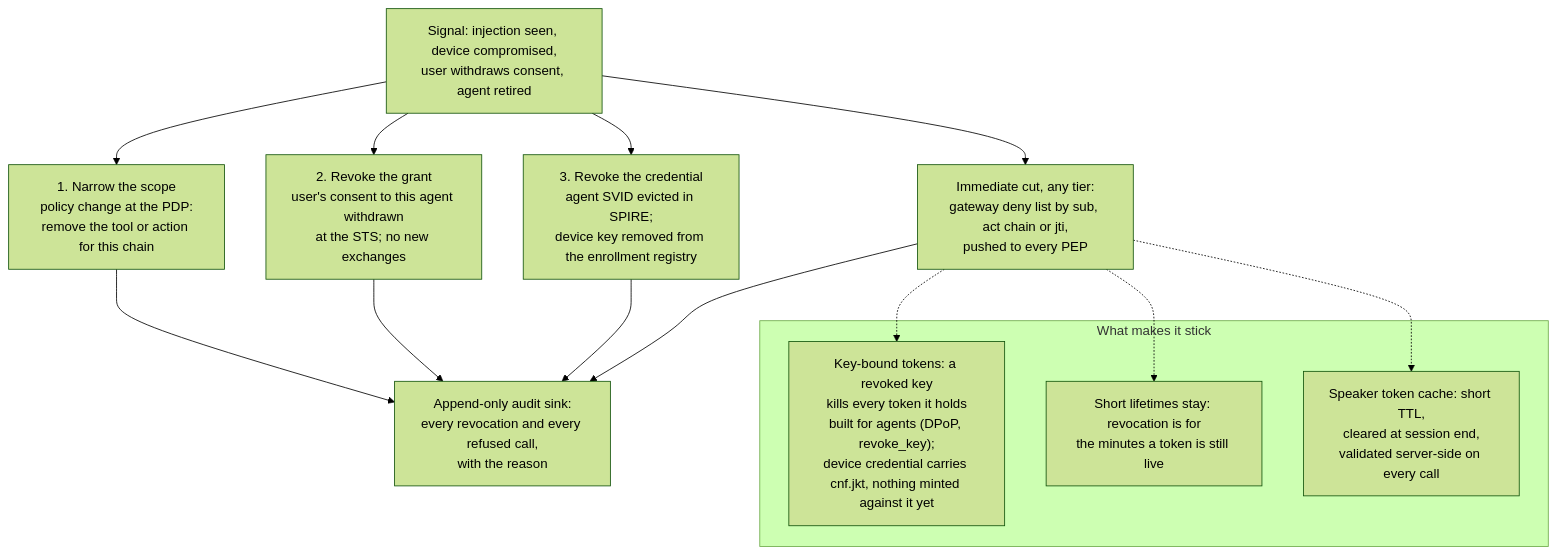
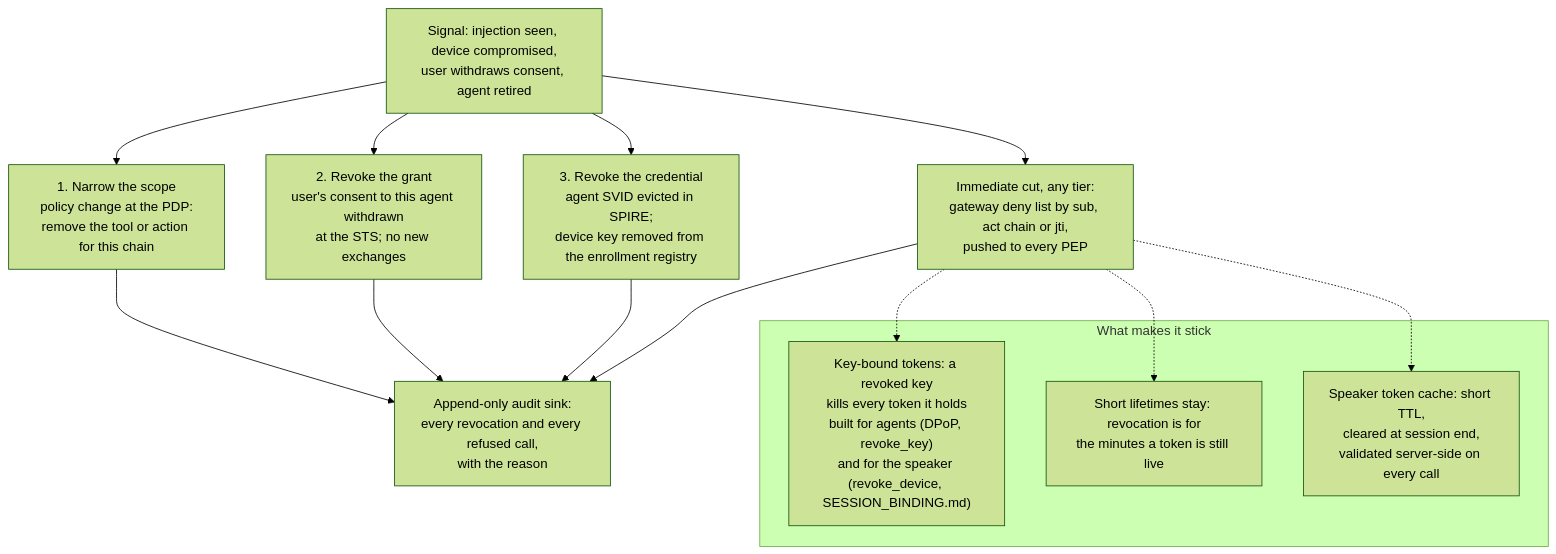
Before and after one commit to ianisms/ai-orchestrator: the fifth of 5 diagrams in security/DIAGRAMS.md, drawn with Mermaid (forest theme). The commit also changed other lines of this file and 7 other files, not shown here.

````diff
--- a/security/DIAGRAMS.md
+++ b/security/DIAGRAMS.md
@@ -244,24 +244,24 @@
 ```mermaid
 flowchart TD
     DETECT["Signal: injection seen, device compromised,<br/>user withdraws consent, agent retired"]
 
     DETECT --> SCOPE["1. Narrow the scope<br/>policy change at the PDP:<br/>remove the tool or action for this chain"]
     DETECT --> GRANT["2. Revoke the grant<br/>user's consent to this agent withdrawn<br/>at the STS; no new exchanges"]
     DETECT --> CRED["3. Revoke the credential<br/>agent SVID evicted in SPIRE;<br/>device key removed from the enrollment registry"]
     DETECT --> KILL["Immediate cut, any tier:<br/>gateway deny list by sub, act chain or jti,<br/>pushed to every PEP"]
 
     SCOPE --> AUDIT
     GRANT --> AUDIT
     CRED --> AUDIT
     KILL --> AUDIT
     AUDIT["Append-only audit sink:<br/>every revocation and every refused call,<br/>with the reason"]
 
     subgraph Binding["What makes it stick"]
-        KB["Key-bound tokens: a revoked key<br/>kills every token it holds<br/>built for agents (DPoP, revoke_key);<br/>device credential carries cnf.jkt, nothing minted against it yet"]
+        KB["Key-bound tokens: a revoked key<br/>kills every token it holds<br/>built for agents (DPoP, revoke_key)<br/>and for the speaker (revoke_device, SESSION_BINDING.md)"]
         TTL2["Short lifetimes stay: revocation is for<br/>the minutes a token is still live"]
         CACHE["Speaker token cache: short TTL,<br/>cleared at session end,<br/>validated server-side on every call"]
     end
     KILL -.-> KB
     KILL -.-> TTL2
     KILL -.-> CACHE
 ```
````
